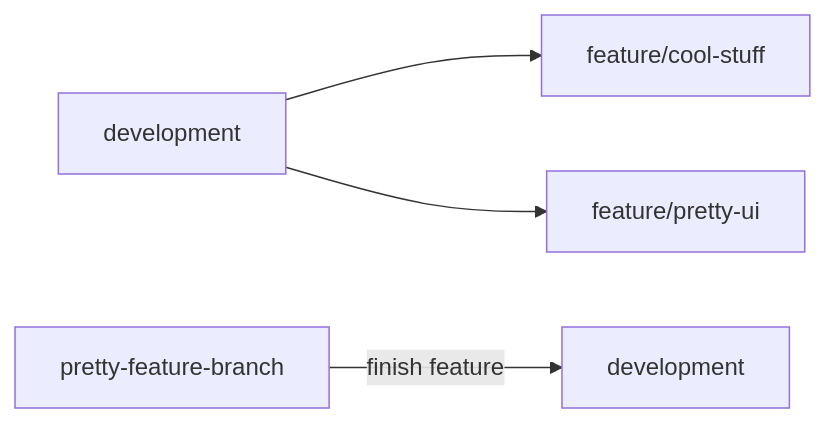
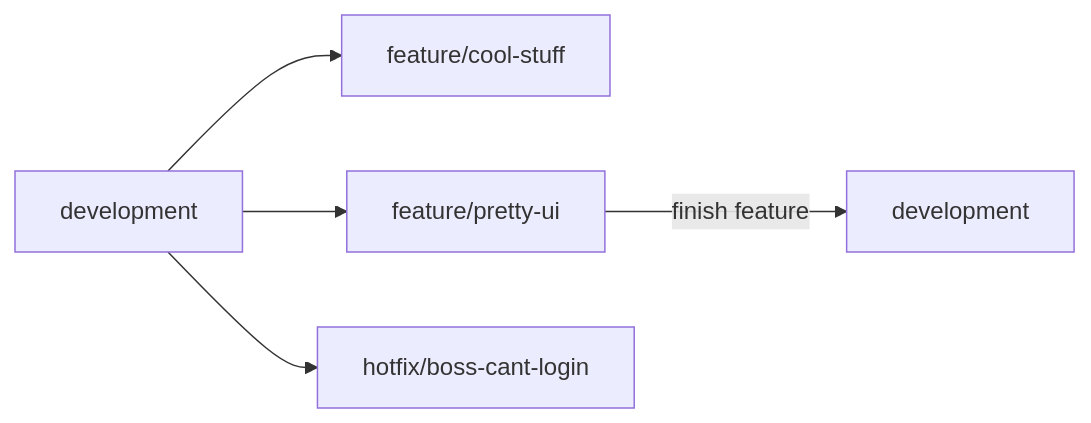
The diagram in testy/plan_zarządzania_jakością_produktu.md (hasparus/software-engineering-class), drawn with Mermaid before and after one commit. The commit also changed other lines of this file, not shown here.

Commit message:
Uploaded by https://stackedit.io/

````diff
--- a/testy/plan_zarządzania_jakością_produktu.md
+++ b/testy/plan_zarządzania_jakością_produktu.md
@@ -19,8 +19,9 @@
 ```mermaid
 graph LR;
 	d#1[development]-->feature/cool-stuff;
 	d#1[development]-->feature/pretty-ui;
-	pretty-feature-branch--finish feature-->d#2[development];
+	feature/pretty-ui--finish feature-->d#2[development];
+	d#1[development]-->hotfix/boss-cant-login;
 	
 	
 ```
````
